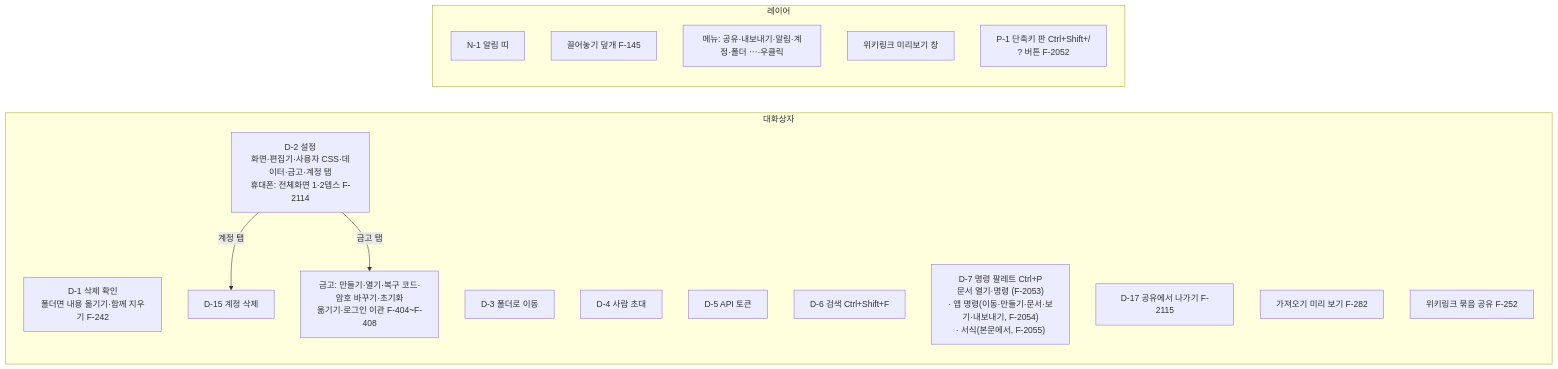
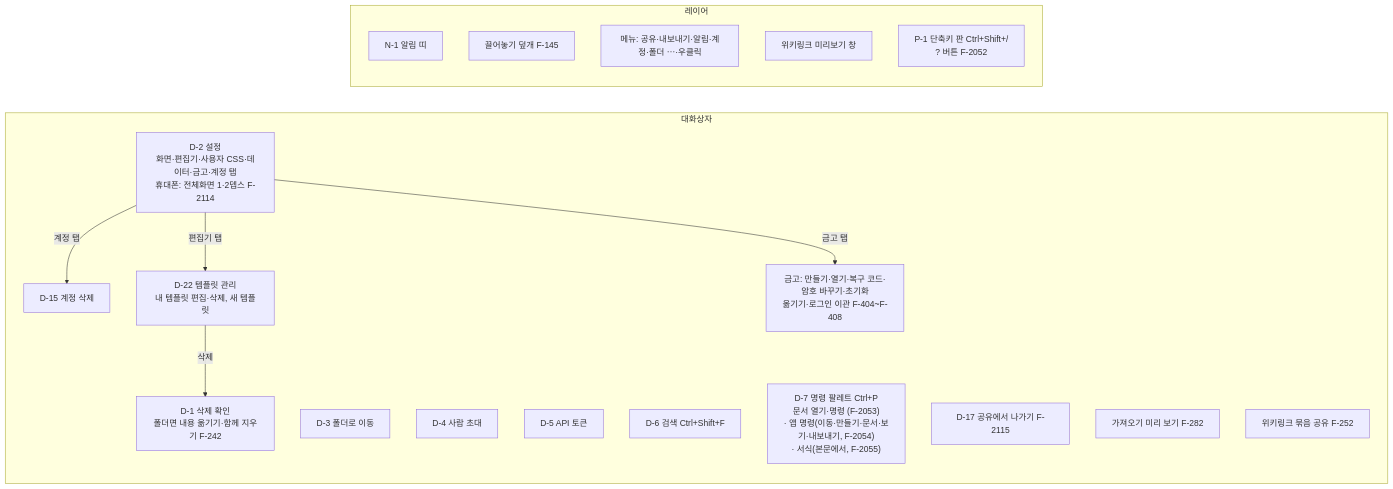
Before and after one commit to R00neyj/rawdoc: the fourth of 5 diagrams in specs/map.md, drawn with Mermaid. The commit also changed other lines of this file and 25 other files, not shown here.

````diff
--- a/specs/map.md
+++ b/specs/map.md
@@ -112,26 +114,29 @@
 ```mermaid
 flowchart LR
   subgraph dlg["대화상자"]
     D1["D-1 삭제 확인<br/>폴더면 내용 옮기기·함께 지우기 F-242"]
     D2["D-2 설정<br/>화면·편집기·사용자 CSS·데이터·금고·계정 탭<br/>휴대폰: 전체화면 1·2뎁스 F-2114"]
     D3["D-3 폴더로 이동"]
     D4["D-4 사람 초대"]
     D5["D-5 API 토큰"]
     D6["D-6 검색 Ctrl+Shift+F"]
     D7["D-7 명령 팔레트 Ctrl+P<br/>문서 열기·명령 (F-2053)<br/>· 앱 명령(이동·만들기·문서·보기·내보내기, F-2054)<br/>· 서식(본문에서, F-2055)"]
     D15["D-15 계정 삭제"]
     D17["D-17 공유에서 나가기 F-2115"]
+    D22["D-22 템플릿 관리<br/>내 템플릿 편집·삭제, 새 템플릿"]
     imp["가져오기 미리 보기 F-282"]
     set["위키링크 묶음 공유 F-252"]
     vault["금고: 만들기·열기·복구 코드·암호 바꾸기·초기화<br/>옮기기·로그인 이관 F-404~F-408"]
   end
   subgraph layer["레이어"]
     N1["N-1 알림 띠"]
     drop["끌어놓기 덮개 F-145"]
     menus["메뉴: 공유·내보내기·알림·계정·폴더 ⋯·우클릭"]
     preview["위키링크 미리보기 창"]
     P1["P-1 단축키 판 Ctrl+Shift+/<br/>? 버튼 F-2052"]
   end
   D2 -- "계정 탭" --> D15
+  D2 -- "편집기 탭" --> D22
+  D22 -- "삭제" --> D1
   D2 -- "금고 탭" --> vault
 ```
````
